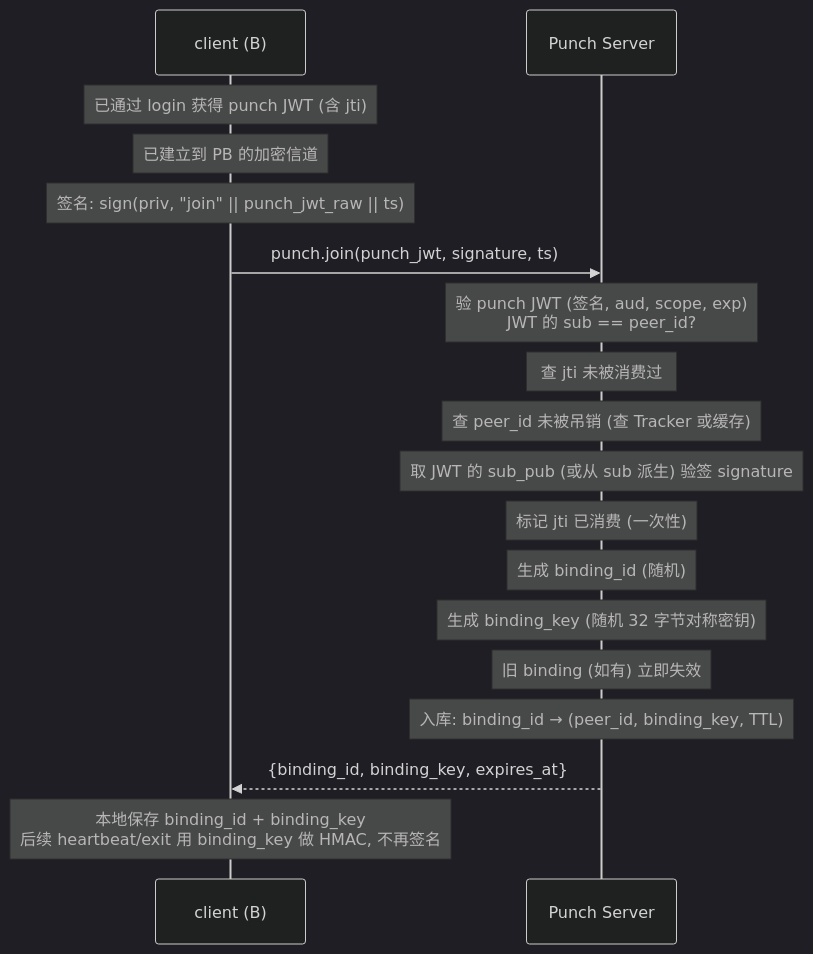
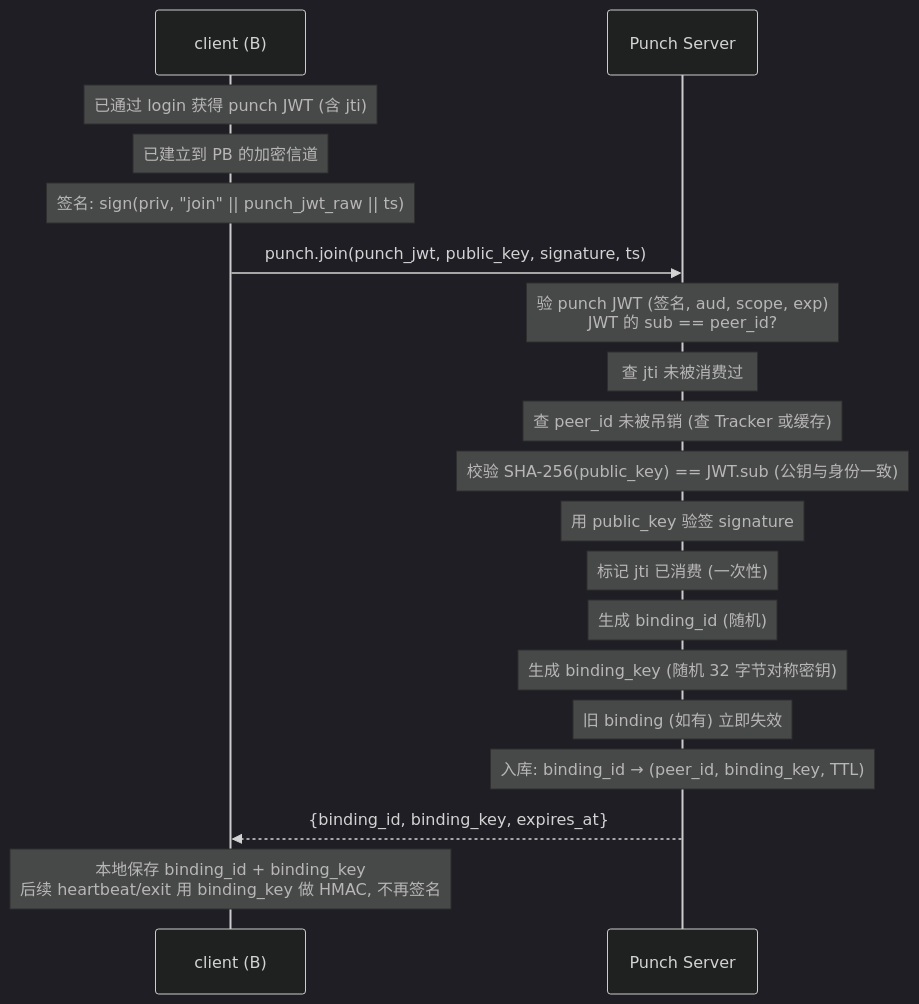
One commit to mivinci/p2p changed the eighth of 15 diagrams in docs/design/p2p-overview.md. Above: the diagram before and after it, drawn with Mermaid (dark theme). The commit also changed other lines of this file, not shown here.

First line of the commit message:
docs(design): drop sub_pub from JWT, request body carries public_key; fix coherence bugs

````diff
--- a/docs/design/p2p-overview.md
+++ b/docs/design/p2p-overview.md
@@ -680,24 +683,25 @@
 ```mermaid
 sequenceDiagram
     participant B as client (B)
     participant PB as Punch Server
 
     Note over B: 已通过 login 获得 punch JWT (含 jti)
     Note over B: 已建立到 PB 的加密信道
 
     Note over B: 签名: sign(priv, "join" || punch_jwt_raw || ts)
 
-    B->>PB: punch.join(punch_jwt, signature, ts)
+    B->>PB: punch.join(punch_jwt, public_key, signature, ts)
     Note over PB: 验 punch JWT (签名, aud, scope, exp)<br/>JWT 的 sub == peer_id?
     Note over PB: 查 jti 未被消费过
     Note over PB: 查 peer_id 未被吊销 (查 Tracker 或缓存)
-    Note over PB: 取 JWT 的 sub_pub (或从 sub 派生) 验签 signature
+    Note over PB: 校验 SHA-256(public_key) == JWT.sub (公钥与身份一致)
+    Note over PB: 用 public_key 验签 signature
     Note over PB: 标记 jti 已消费 (一次性)
     Note over PB: 生成 binding_id (随机)
     Note over PB: 生成 binding_key (随机 32 字节对称密钥)
     Note over PB: 旧 binding (如有) 立即失效
     Note over PB: 入库: binding_id → (peer_id, binding_key, TTL)
     PB-->>B: {binding_id, binding_key, expires_at}
 
     Note over B: 本地保存 binding_id + binding_key<br/>后续 heartbeat/exit 用 binding_key 做 HMAC, 不再签名
 ```
````
